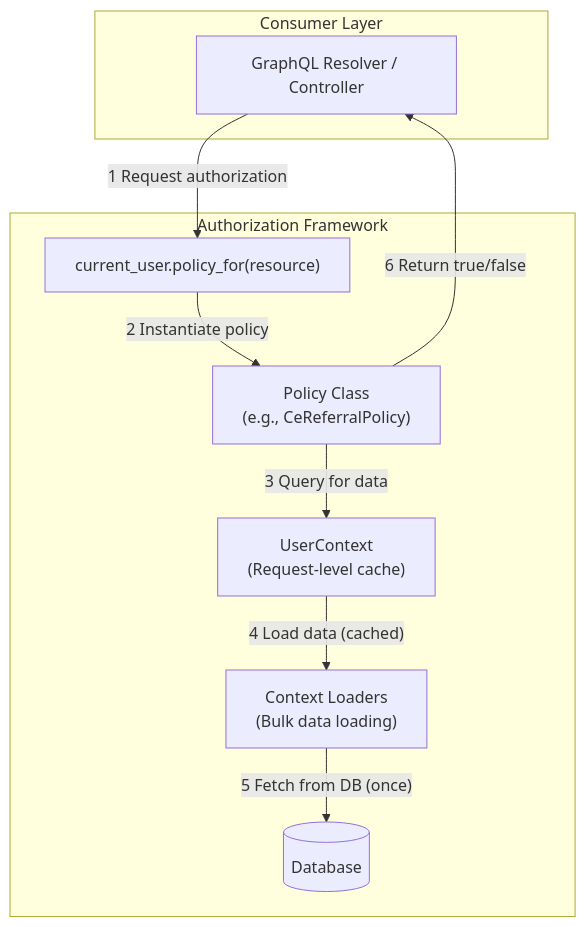
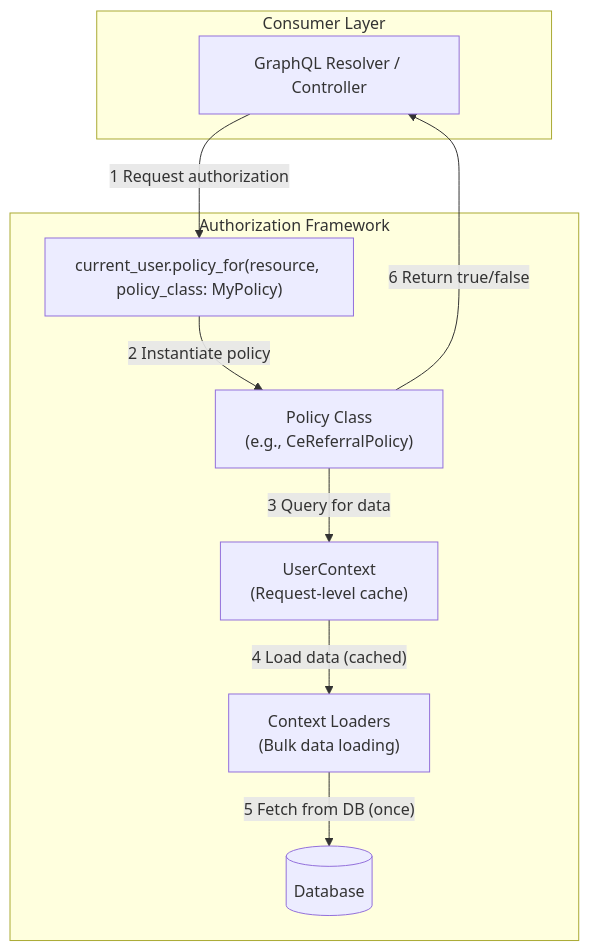
One commit to greenriver/hmis-warehouse changed the diagram in drivers/hmis/app/models/hmis/auth_policies/README.md. Above: the diagram before and after it, drawn with Mermaid. The commit also changed other lines of this file and 19 other files, not shown here.

````diff
--- a/drivers/hmis/app/models/hmis/auth_policies/README.md
+++ b/drivers/hmis/app/models/hmis/auth_policies/README.md
@@ -65,21 +54,21 @@
 ```mermaid
 graph TD;
     subgraph Consumer Layer
         A[GraphQL Resolver / Controller]
     end
 
     subgraph Authorization Framework
-        B["current_user.policy_for(resource)"]
+        B["current_user.policy_for(resource, policy_class: MyPolicy)"]
         C["Policy Class<br>(e.g., CeReferralPolicy)"]
         D["UserContext<br>(Request-level cache)"]
         E["Context Loaders<br>(Bulk data loading)"]
         F[(Database)]
     end
 
     A -->|"1 Request authorization"| B;
     B -->|"2 Instantiate policy"| C;
     C -->|"3 Query for data"| D;
     D -->|"4 Load data (cached)"| E;
     E -->|"5 Fetch from DB (once)"| F;
     C -->|"6 Return true/false"| A;
 ```
````
